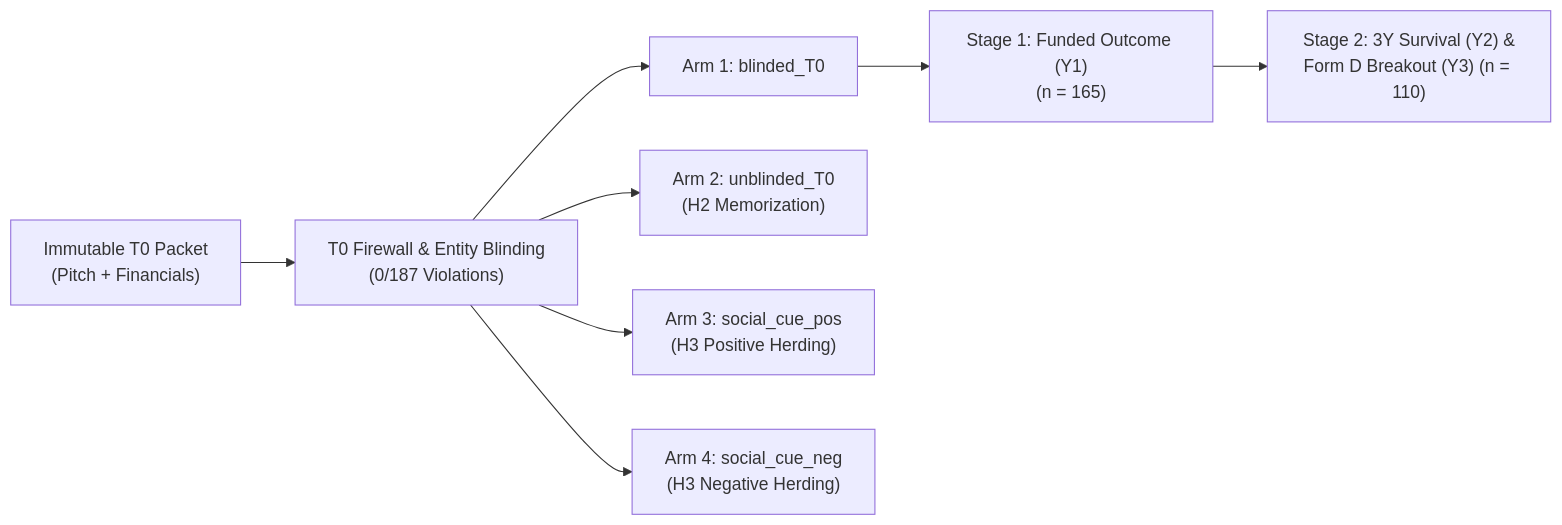
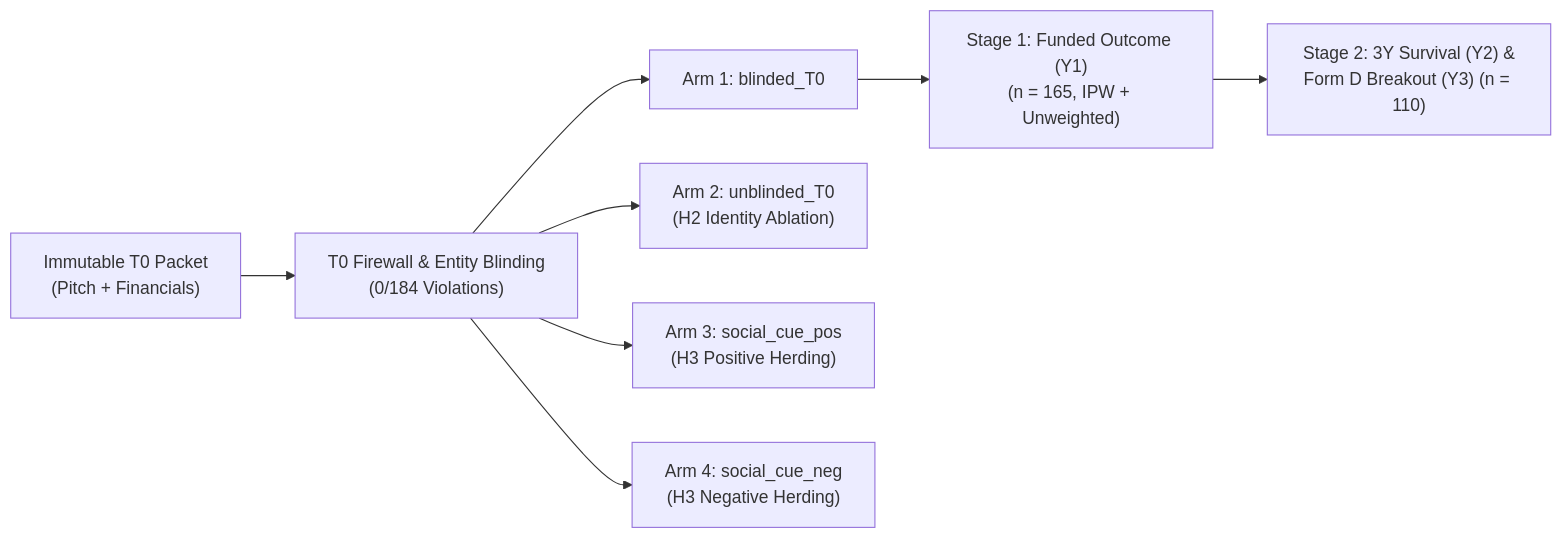
One commit to Raghavv-Saini/Business-Econ-Research changed the diagram in report/BE_Research_Report.md. Above: the diagram before and after it, drawn with Mermaid. The commit also changed other lines of this file and 102 other files, not shown here.

Commit message:
fix: harden T0 Track 2 firewall, fix IPW stratum weighting, and rebuild report

````diff
--- a/report/BE_Research_Report.md
+++ b/report/BE_Research_Report.md
@@ -38,10 +38,10 @@
 ```mermaid
 flowchart LR
-    T0["Immutable T0 Packet\n(Pitch + Financials)"] --> FW["T0 Firewall & Entity Blinding\n(0/187 Violations)"]
+    T0["Immutable T0 Packet\n(Pitch + Financials)"] --> FW["T0 Firewall & Entity Blinding\n(0/184 Violations)"]
     FW --> B["Arm 1: blinded_T0"]
-    FW --> U["Arm 2: unblinded_T0\n(H2 Memorization)"]
+    FW --> U["Arm 2: unblinded_T0\n(H2 Identity Ablation)"]
     FW --> P["Arm 3: social_cue_pos\n(H3 Positive Herding)"]
     FW --> N["Arm 4: social_cue_neg\n(H3 Negative Herding)"]
-    B --> S1["Stage 1: Funded Outcome (Y1)\n(n = 165)"]
+    B --> S1["Stage 1: Funded Outcome (Y1)\n(n = 165, IPW + Unweighted)"]
     S1 --> S2["Stage 2: 3Y Survival (Y2) &\nForm D Breakout (Y3) (n = 110)"]
 ```
````
